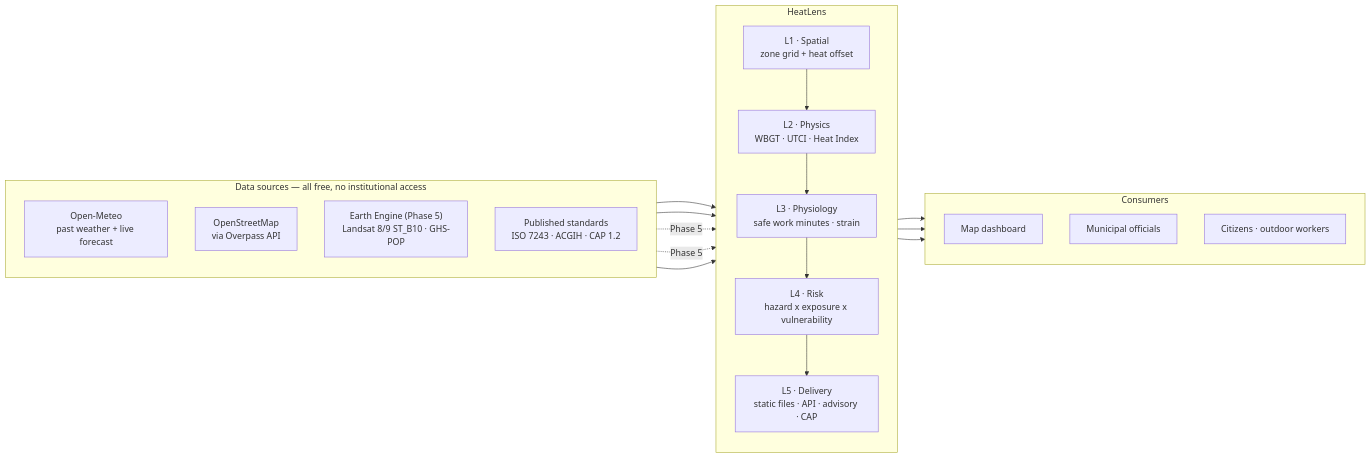
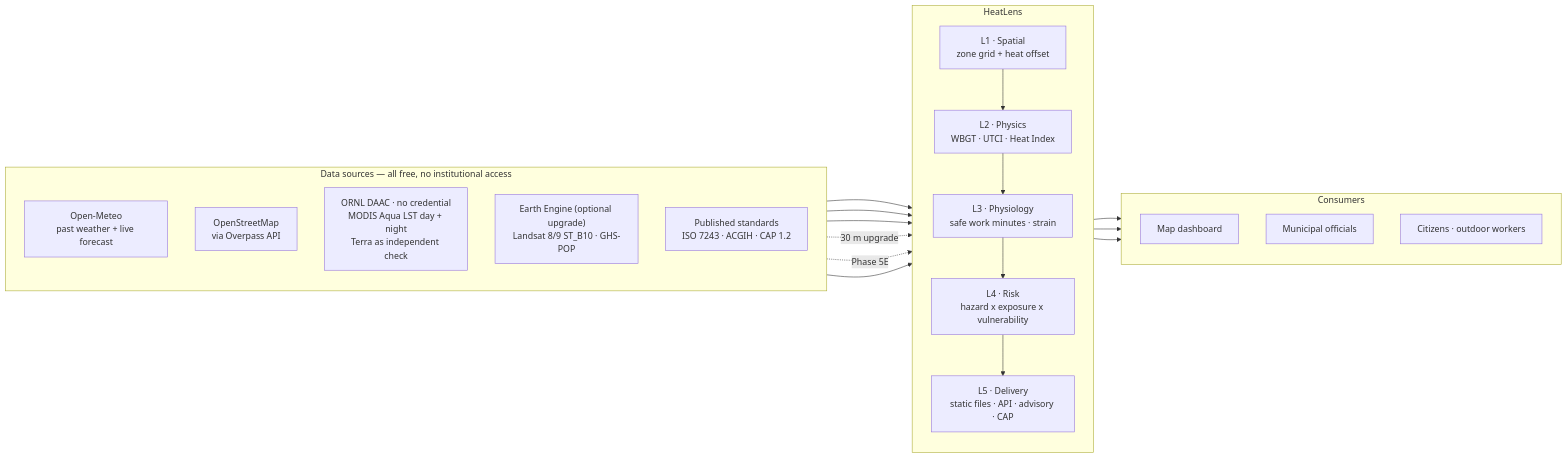
Before and after one commit to nishok22-max/HeatLens: the first of 6 diagrams in docs/ARCHITECTURE.md, drawn with Mermaid. The commit also changed other lines of this file and 68 other files, not shown here.

````diff
--- a/docs/ARCHITECTURE.md
+++ b/docs/ARCHITECTURE.md
@@ -42,36 +42,38 @@
 ```mermaid
 flowchart LR
   subgraph SRC["Data sources — all free, no institutional access"]
     direction TB
     OM["Open-Meteo<br/>past weather + live forecast"]
     OSM["OpenStreetMap<br/>via Overpass API"]
-    GEE["Earth Engine (Phase 5)<br/>Landsat 8/9 ST_B10 · GHS-POP"]
+    SAT["ORNL DAAC · no credential<br/>MODIS Aqua LST day + night<br/>Terra as independent check"]
+    GEE["Earth Engine (optional upgrade)<br/>Landsat 8/9 ST_B10 · GHS-POP"]
     STD["Published standards<br/>ISO 7243 · ACGIH · CAP 1.2"]
   end
 
   subgraph SYS["HeatLens"]
     direction TB
     L1["L1 · Spatial<br/>zone grid + heat offset"]
     L2["L2 · Physics<br/>WBGT · UTCI · Heat Index"]
     L3["L3 · Physiology<br/>safe work minutes · strain"]
     L4["L4 · Risk<br/>hazard x exposure x vulnerability"]
     L5["L5 · Delivery<br/>static files · API · advisory · CAP"]
     L1 --> L2 --> L3 --> L4 --> L5
   end
 
   subgraph USR["Consumers"]
     direction TB
     MAP["Map dashboard"]
     OFF["Municipal officials"]
     CIT["Citizens · outdoor workers"]
   end
 
   OM --> L1
   OSM --> L1
-  GEE -.Phase 5.-> L1
-  GEE -.Phase 5.-> L4
+  SAT --> L1
+  GEE -.30 m upgrade.-> L1
+  GEE -.Phase 5E.-> L4
   STD --> L3
   L5 --> MAP
   L5 --> OFF
   L5 --> CIT
 ```
````
